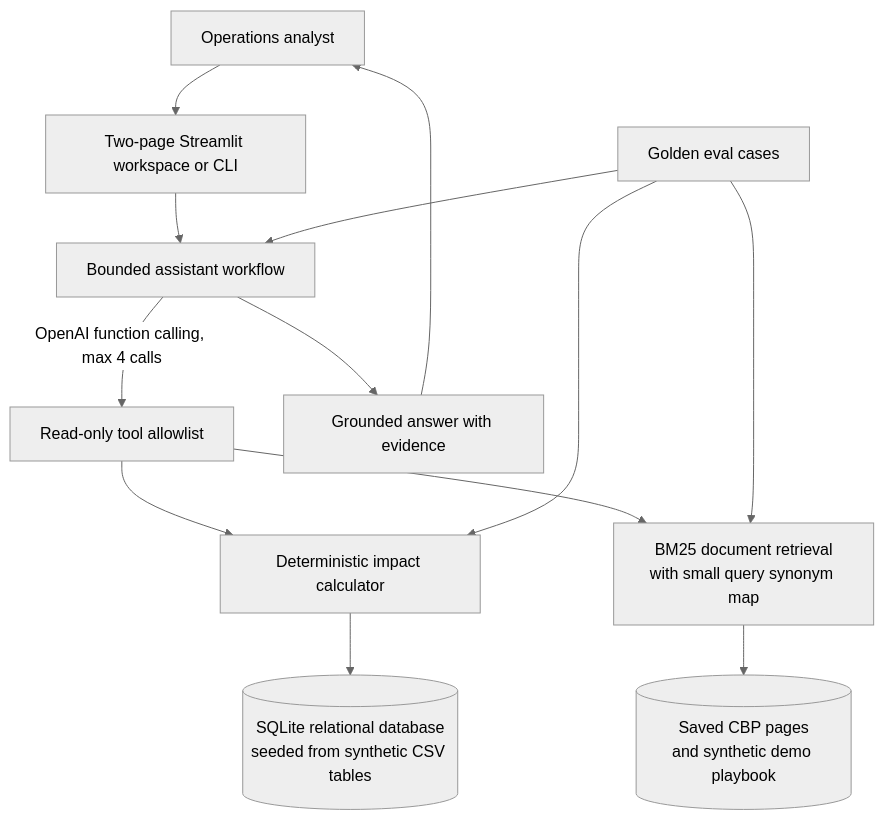
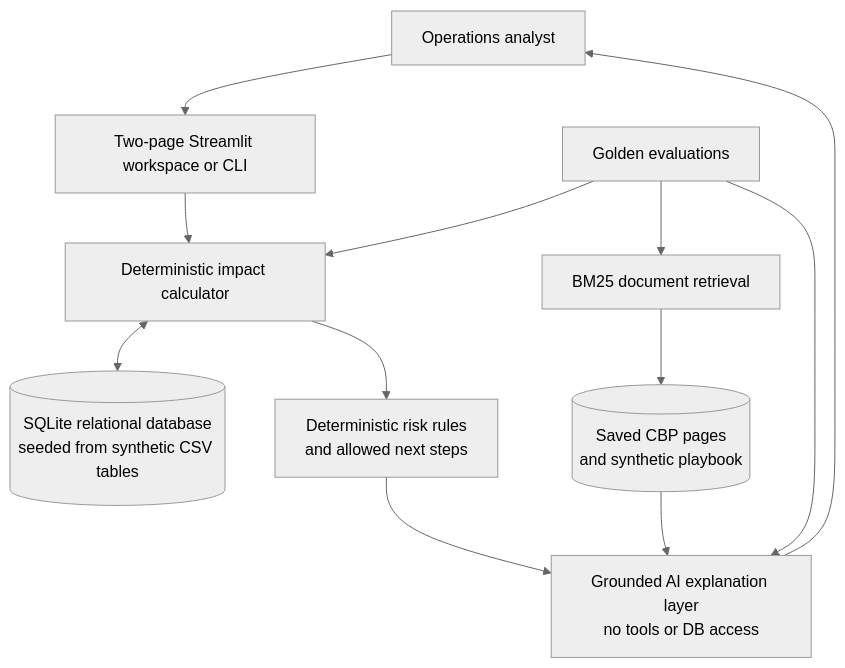
One commit to meshreyy/evidence-ai changed the diagram in docs/architecture.md. Above: the diagram before and after it, drawn with Mermaid (neutral theme). The commit also changed other lines of this file and 13 other files, not shown here.

Commit message:
Make AI a visible grounded explanation layer

````diff
--- a/docs/architecture.md
+++ b/docs/architecture.md
@@ -3,15 +3,14 @@
 ```mermaid
 flowchart TD
     U[Operations analyst] --> UI[Two-page Streamlit workspace or CLI]
-    UI --> W[Bounded assistant workflow]
-    W -->|OpenAI function calling, max 4 calls| T[Read-only tool allowlist]
-    T --> C[Deterministic impact calculator]
-    C --> DB[(SQLite relational database\nseeded from synthetic CSV tables)]
-    T --> R[BM25 document retrieval\nwith small query synonym map]
-    R --> DOCS[(Saved CBP pages\nand synthetic demo playbook)]
-    W --> G[Grounded answer with evidence]
-    G --> U
-    E[Golden eval cases] --> C
-    E --> R
-    E --> W
+    UI --> C[Deterministic impact calculator]
+    C <--> DB[(SQLite relational database\nseeded from synthetic CSV tables)]
+    C --> R[Deterministic risk rules\nand allowed next steps]
+    R --> X[Grounded AI explanation layer\nno tools or DB access]
+    D[BM25 document retrieval] --> DOCS[(Saved CBP pages\nand synthetic playbook)]
+    DOCS --> X
+    X --> U
+    E[Golden evaluations] --> C
+    E --> D
+    E --> X
 ```
````
